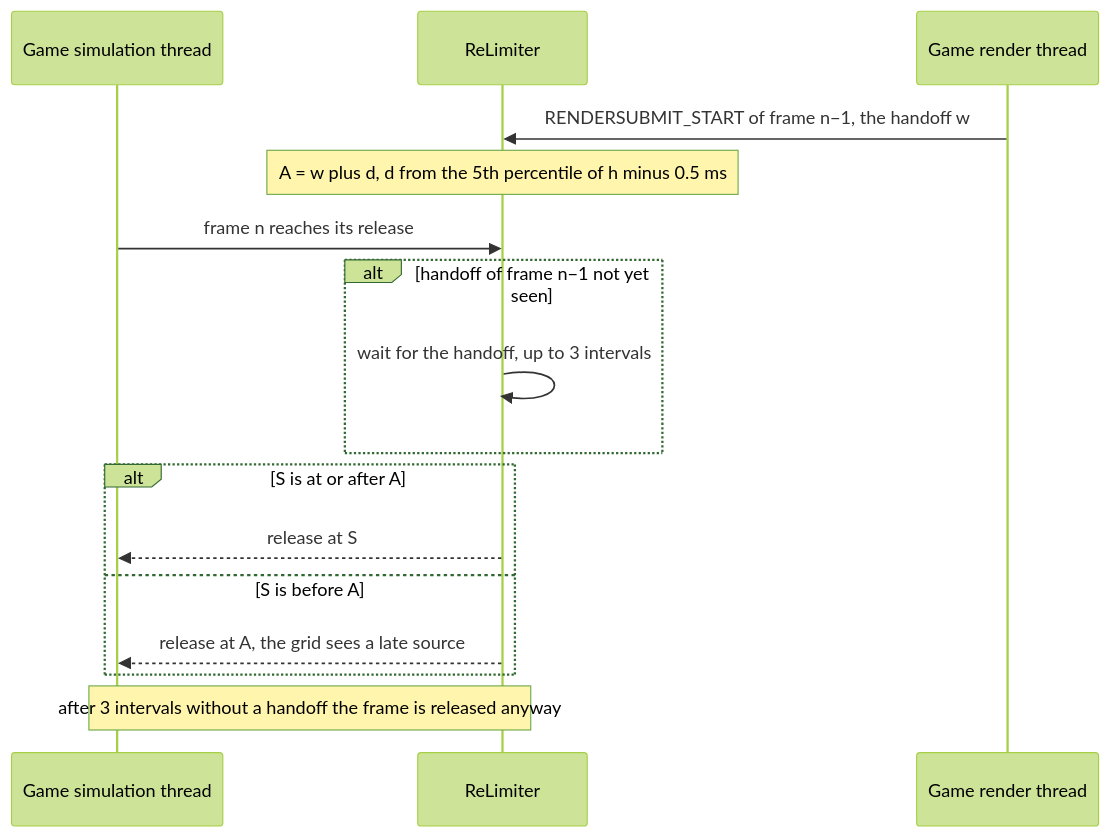
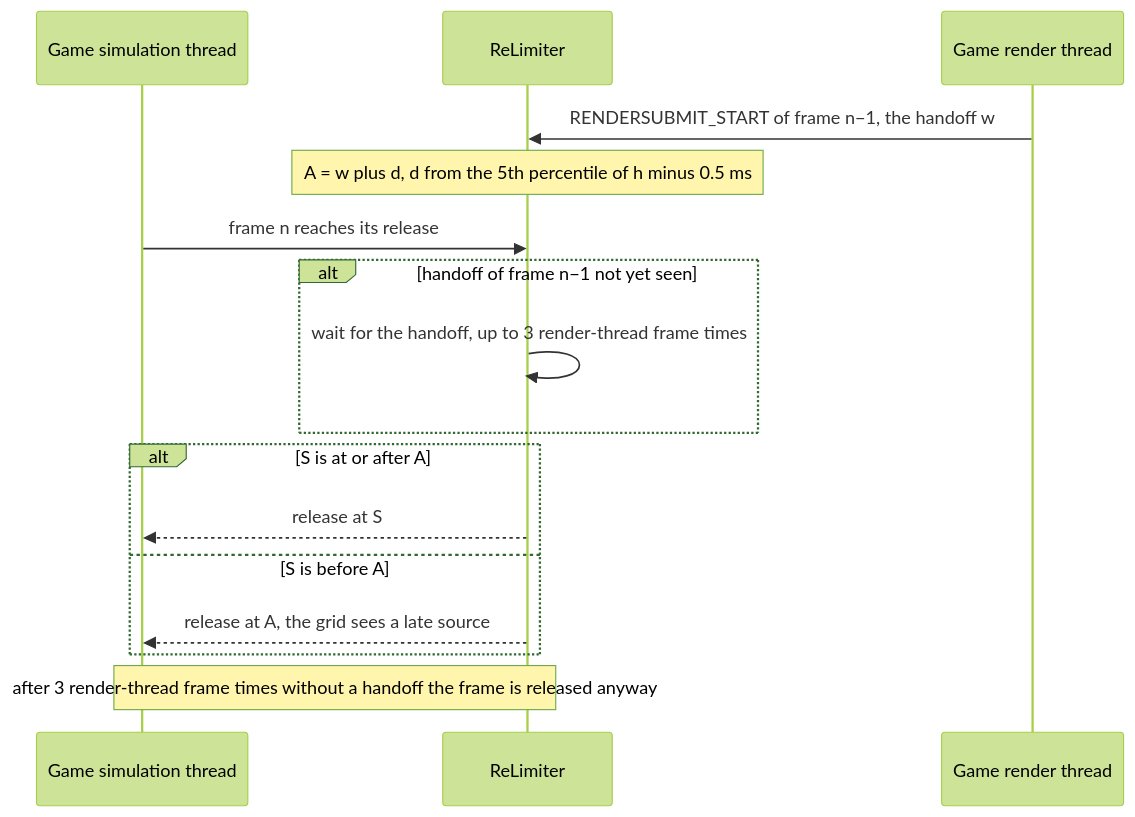
The ninth of 12 diagrams in docs/FRAME_PACING.md (RankFTW/ReLimiter), drawn with Mermaid (forest theme) before and after one commit. The commit also changed other lines of this file and 9 other files, not shown here.

First line of the commit message:
Render handoff limit: stall span from the render thread's frame time; block only before run-ahead evidence

````diff
--- a/docs/FRAME_PACING.md
+++ b/docs/FRAME_PACING.md
@@ -446,18 +446,18 @@
 ```mermaid
 sequenceDiagram
     participant Sim as Game simulation thread
     participant RL as ReLimiter
     participant Render as Game render thread
     Render->>RL: RENDERSUBMIT_START of frame n−1, the handoff w
     Note over RL: A = w plus d, d from the 5th percentile of h minus 0.5 ms
     Sim->>RL: frame n reaches its release
     alt handoff of frame n−1 not yet seen
-        RL->>RL: wait for the handoff, up to 3 intervals
+        RL->>RL: wait for the handoff, up to 3 render-thread frame times
     end
     alt S is at or after A
         RL-->>Sim: release at S
     else S is before A
         RL-->>Sim: release at A, the grid sees a late source
     end
-    Note over RL,Sim: after 3 intervals without a handoff the frame is released anyway
+    Note over RL,Sim: after 3 render-thread frame times without a handoff the frame is released anyway
 ```
````
